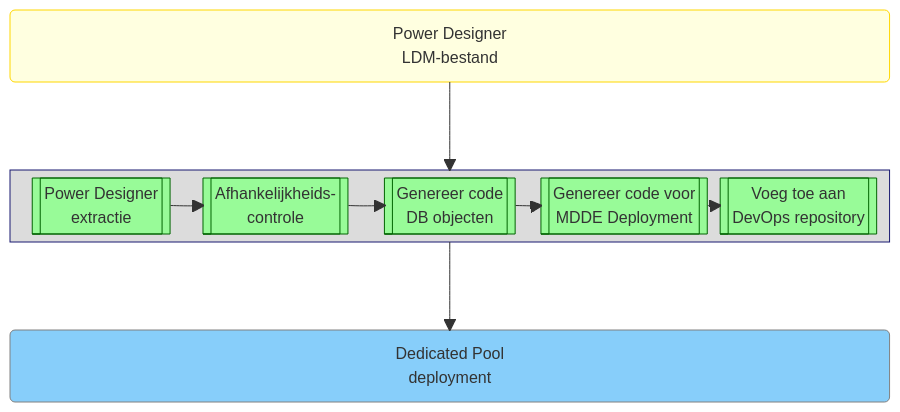
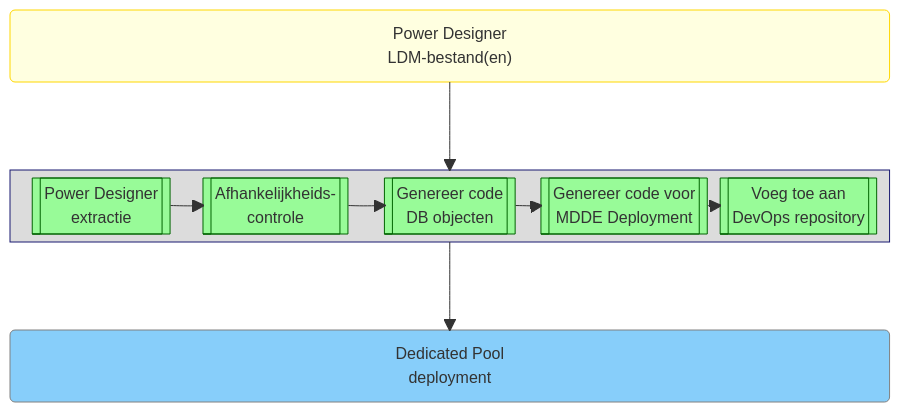
One commit to mark-me/temp changed the diagram in etl_templates/docs/index.md. Above: the diagram before and after it, drawn with Mermaid.

````diff
--- a/etl_templates/docs/index.md
+++ b/etl_templates/docs/index.md
@@ -9,28 +9,28 @@
 ```mermaid
 block-beta
 columns 1
-    PDDocument("Power Designer<br>LDM-bestand")
+    PDDocument("Power Designer<br>LDM-bestand(en)")
     space
     block:Orchestrator
         RETW[["Power Designer<br>extractie"]]
         Dependency[["Afhankelijkheids-<br>controle"]]
         Generator[["Genereer code<br>DB objecten"]]
         DeployMDDE[["Genereer code voor<br>MDDE Deployment"]]
         RepositoryHandler[["Voeg toe aan<br>DevOps repository"]]
     end
     space
     DedicatedPool("Dedicated Pool<br>deployment")
     PDDocument --> Orchestrator
     RETW --> Dependency
     Dependency --> Generator
     Generator --> DeployMDDE
     DeployMDDE --> RepositoryHandler
     Orchestrator --> DedicatedPool
 
     style PDDocument fill:#FFFFE0,stroke:#FFD700;
     style DedicatedPool fill:#87CEFA,stroke:#808080;
     style Orchestrator fill:#DCDCDC,stroke:#191970;
 
     classDef genesis fill:#98FB98,stroke:#006400;
     class RETW,Dependency,Generator,DeployMDDE,RepositoryHandler genesis
 ```
````
